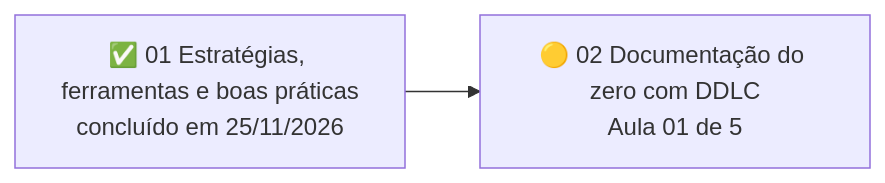
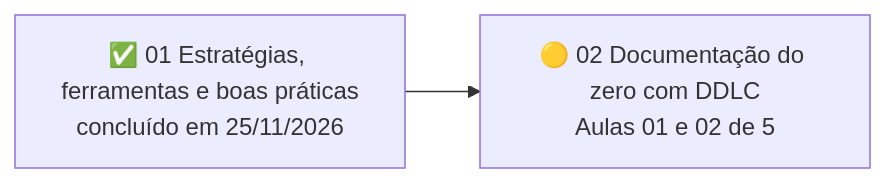
The fifth of 7 diagrams in mapa-de-estudos.md (letsprown-code/po-learning-journal), drawn with Mermaid before and after one commit. The commit also changed other lines of this file and 5 other files, not shown here.

```diff
--- a/mapa-de-estudos.md
+++ b/mapa-de-estudos.md
@@ -169,4 +169,4 @@
 ~~~mermaid
 flowchart LR
-    C1["✅ 01 Estratégias, ferramentas e boas práticas<br/>concluído em 25/11/2026"] --> C2["🟡 02 Documentação do zero com DDLC<br/>Aula 01 de 5"]
+    C1["✅ 01 Estratégias, ferramentas e boas práticas<br/>concluído em 25/11/2026"] --> C2["🟡 02 Documentação do zero com DDLC<br/>Aulas 01 e 02 de 5"]
 ~~~
```
